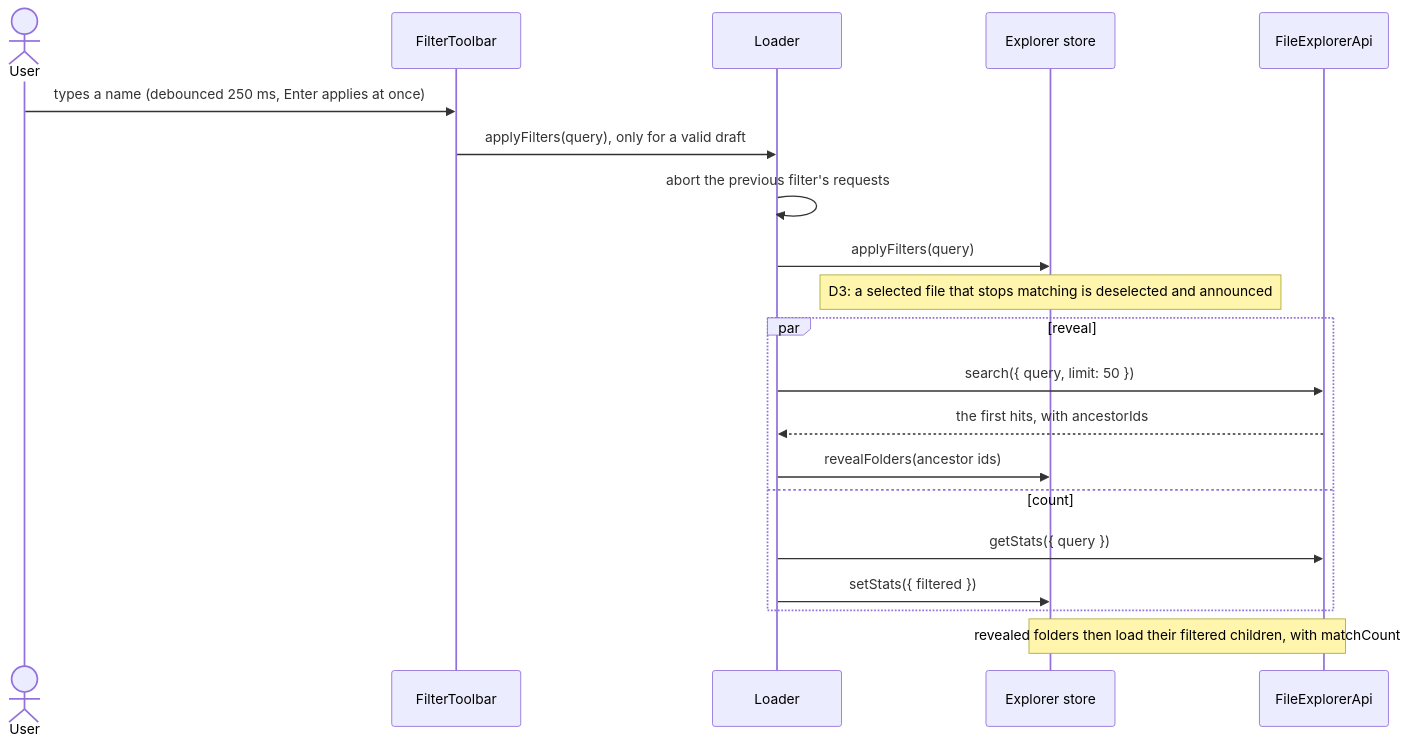
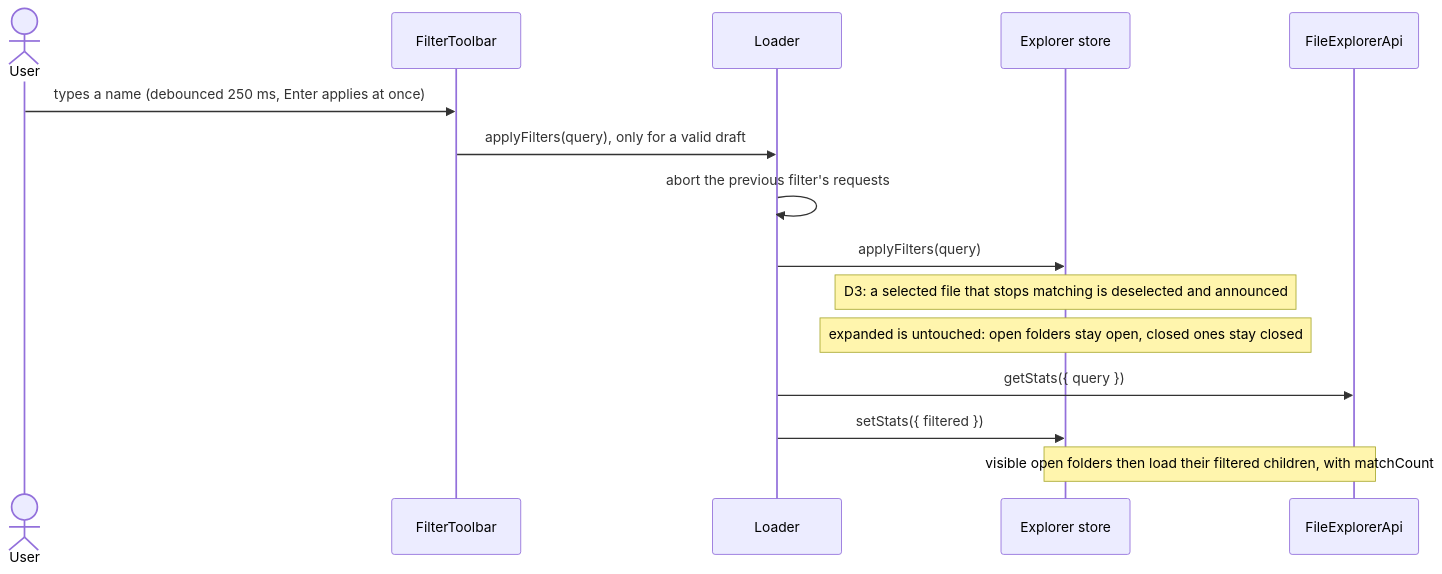
One commit to itays/bindecy-interview changed the third of 4 diagrams in README.md. Above: the diagram before and after it, drawn with Mermaid. The commit also changed other lines of this file and 16 other files, not shown here.

First line of the commit message:
Filters: Keep each folder's open state; stop auto-expanding hits

````diff
--- a/README.md
+++ b/README.md
@@ -97,22 +97,17 @@
 ```mermaid
 sequenceDiagram
   actor User
   participant Toolbar as FilterToolbar
   participant Loader
   participant Store as Explorer store
   participant API as FileExplorerApi
   User->>Toolbar: types a name (debounced 250 ms, Enter applies at once)
   Toolbar->>Loader: applyFilters(query), only for a valid draft
   Loader->>Loader: abort the previous filter's requests
   Loader->>Store: applyFilters(query)
   Note over Store: D3: a selected file that stops matching is deselected and announced
-  par reveal
-    Loader->>API: search({ query, limit: 50 })
-    API-->>Loader: the first hits, with ancestorIds
-    Loader->>Store: revealFolders(ancestor ids)
-  and count
-    Loader->>API: getStats({ query })
-    Loader->>Store: setStats({ filtered })
-  end
-  Note over Store,API: revealed folders then load their filtered children, with matchCount
+  Note over Store: expanded is untouched: open folders stay open, closed ones stay closed
+  Loader->>API: getStats({ query })
+  Loader->>Store: setStats({ filtered })
+  Note over Store,API: visible open folders then load their filtered children, with matchCount
 ```
````
